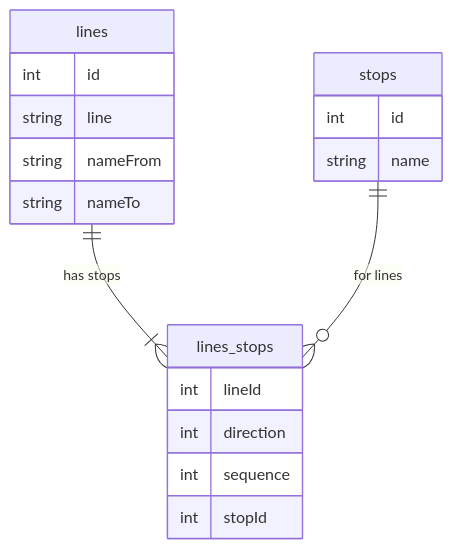
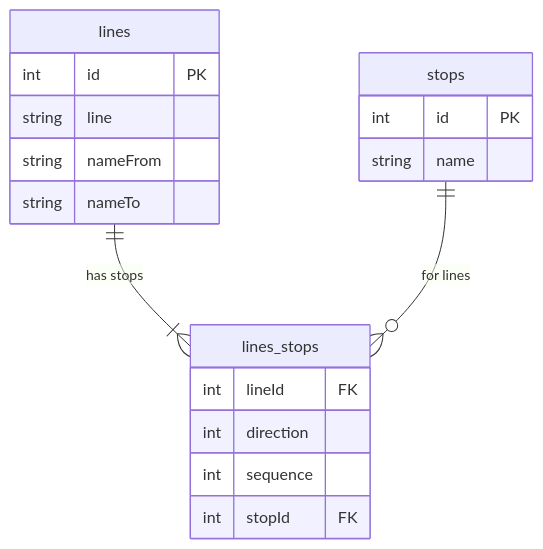
The diagram in README.md (openstreetmap-si/bus-routes-osm-lpp), drawn with Mermaid before and after one commit.

````diff
--- a/README.md
+++ b/README.md
@@ -11,21 +11,21 @@
 ```mermaid
 erDiagram
           lines ||--|{ lines_stops : "has stops"
           lines {
-              int id
+              int id PK
               string line
               string nameFrom
               string nameTo
           }
           stops ||--o{ lines_stops : "for lines"
           stops {
-              int id
+              int id PK
               string name
           }
           lines_stops {
-              int lineId
+              int lineId FK
               int direction
               int sequence 
-              int stopId
+              int stopId FK
           }
 ```
````
